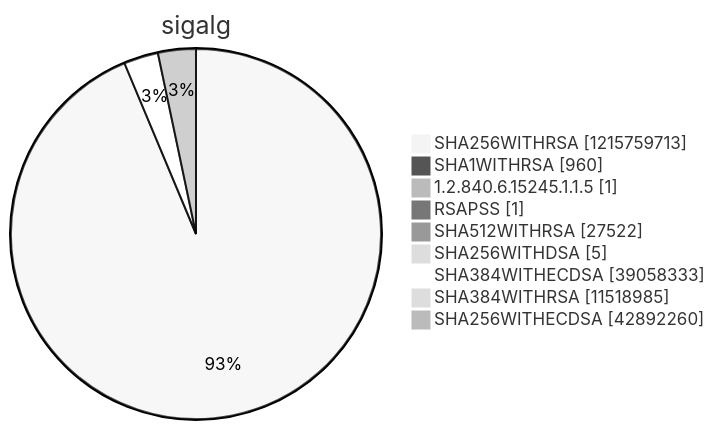
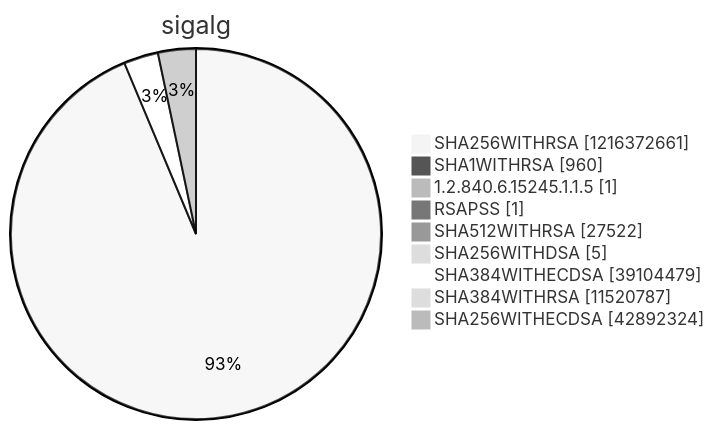
One commit to christiankrug/ctmonitor_visualization changed diagram 15 of 15 in argon2022/README.md. Above: the diagram before and after it, drawn with Mermaid (neutral theme). The commit also changed other lines of this file, not shown here.

````diff
--- a/argon2022/README.md
+++ b/argon2022/README.md
@@ -5521,13 +5521,13 @@
 ```mermaid
 pie showData
 title sigalg
-"SHA256WITHRSA" :1215759713
+"SHA256WITHRSA" :1216372661
 "SHA1WITHRSA" :960
 "1.2.840.6.15245.1.1.5" :1
 "RSAPSS" :1
 "SHA512WITHRSA" :27522
 "SHA256WITHDSA" :5
-"SHA384WITHECDSA" :39058333
-"SHA384WITHRSA" :11518985
-"SHA256WITHECDSA" :42892260
+"SHA384WITHECDSA" :39104479
+"SHA384WITHRSA" :11520787
+"SHA256WITHECDSA" :42892324
 ```
````
